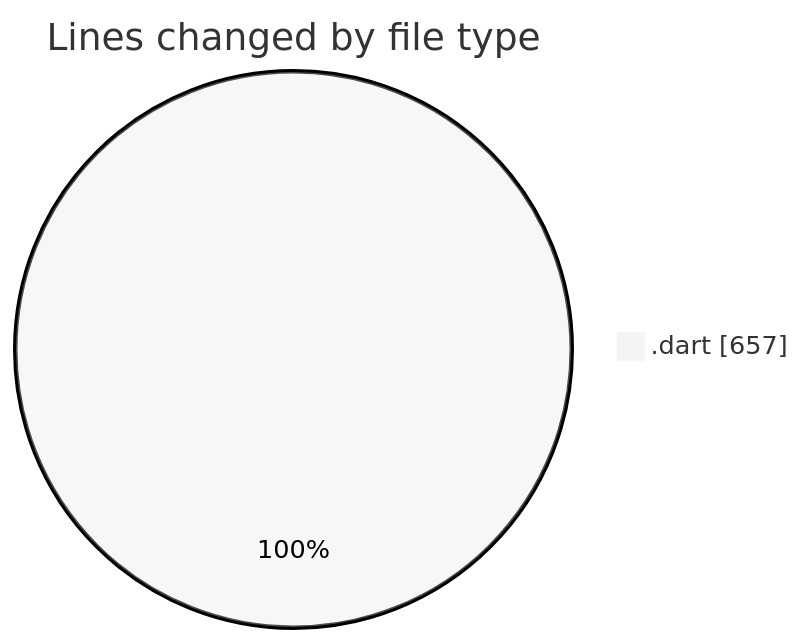
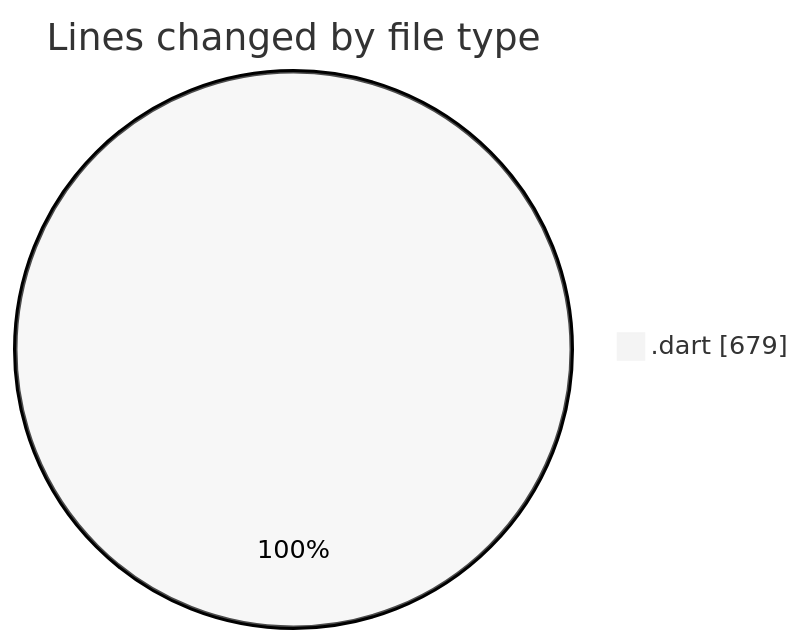
The first of 2 diagrams in 2025-01-13/trackers_app/README.md (donsfak/code-tracking), drawn with Mermaid (neutral theme) before and after one commit. The commit also changed other lines of this file and 1 other file, not shown here.

````diff
--- a/2025-01-13/trackers_app/README.md
+++ b/2025-01-13/trackers_app/README.md
@@ -24,5 +24,5 @@
 ```mermaid
 pie showData
 title Lines changed by file type
-".dart" : 657
+".dart" : 679
 ```
````
